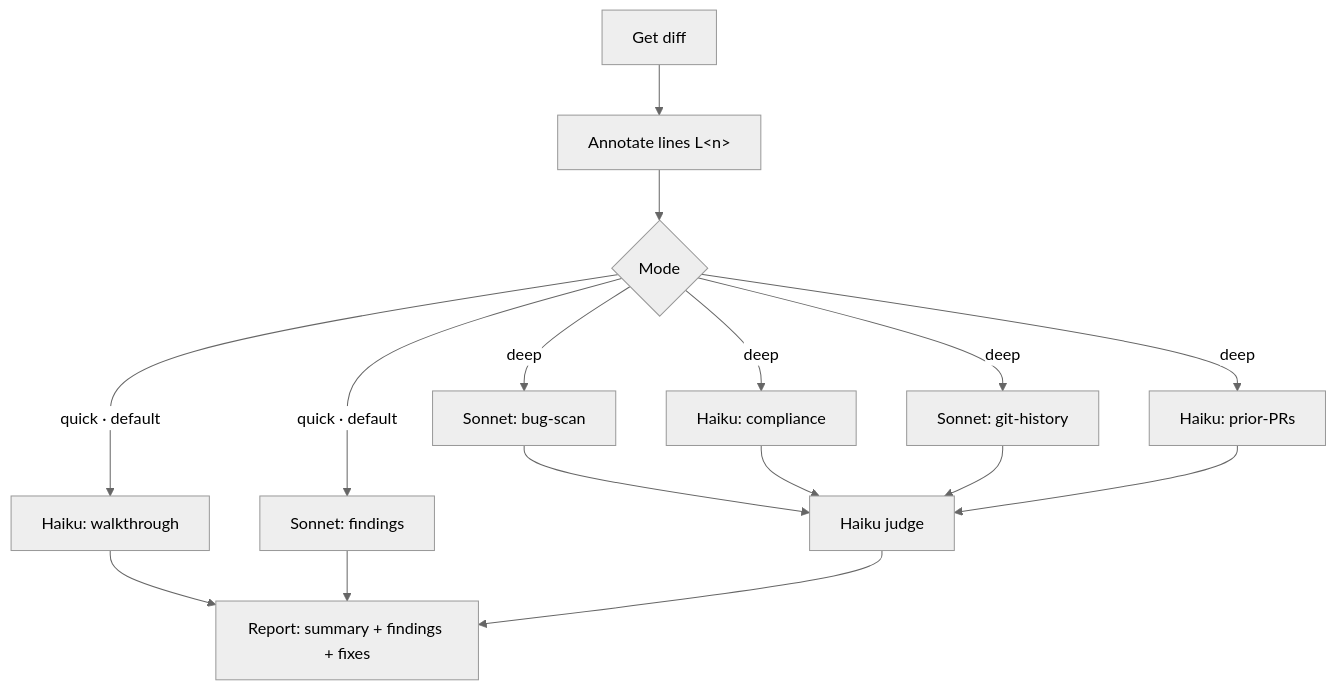
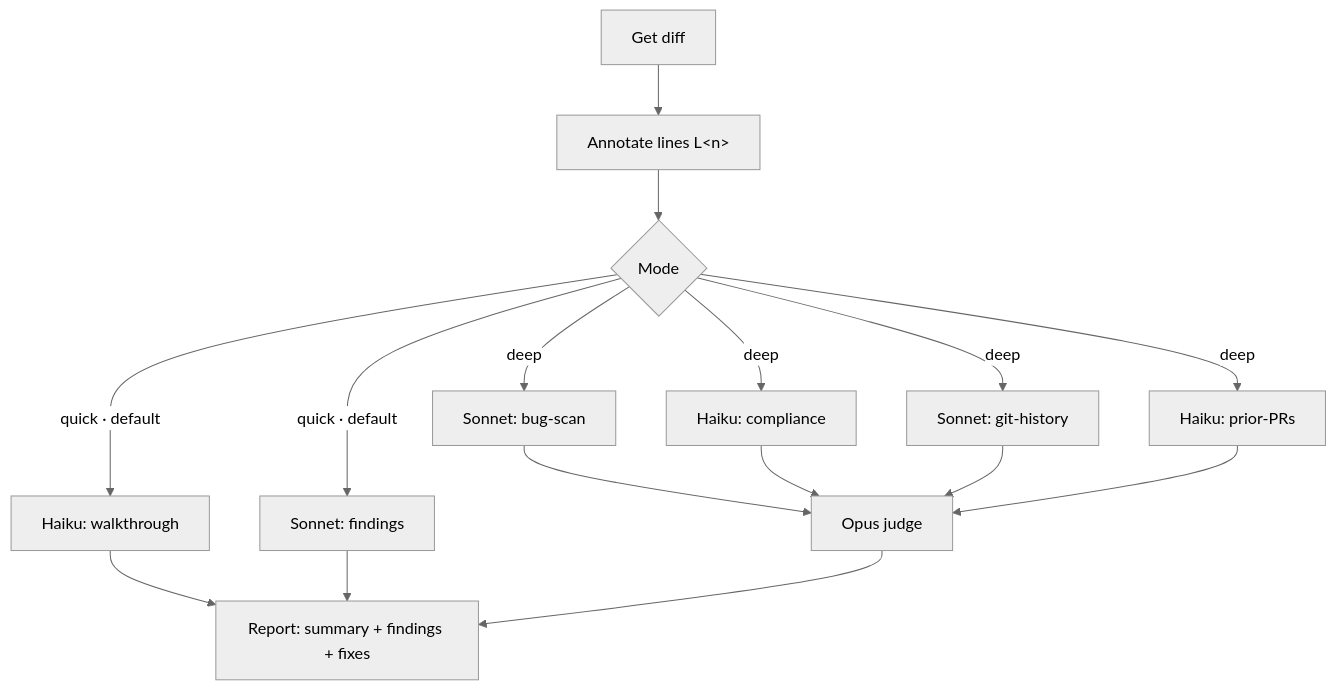
The diagram in skills/engineering/review-lens/README.md (adeonir/agent-skills), drawn with Mermaid (neutral theme) before and after one commit. The commit also changed other lines of this file and 4 other files, not shown here.

Commit message:
feat(review-lens): drop the diff size limit and judge deep findings with opus

````diff
--- a/skills/engineering/review-lens/README.md
+++ b/skills/engineering/review-lens/README.md
@@ -9,18 +9,18 @@
 ```mermaid
 flowchart TD
     A[Get diff] --> N[Annotate lines L&lt;n&gt;]
     N --> G{Mode}
     G -->|quick · default| Q1[Haiku: walkthrough]
     G -->|quick · default| Q2[Sonnet: findings]
     G -->|deep| D1[Sonnet: bug-scan]
     G -->|deep| D2[Haiku: compliance]
     G -->|deep| D3[Sonnet: git-history]
     G -->|deep| D4[Haiku: prior-PRs]
     Q1 --> R[Report: summary + findings + fixes]
     Q2 --> R
-    D1 --> J[Haiku judge]
+    D1 --> J[Opus judge]
     D2 --> J
     D3 --> J
     D4 --> J
     J --> R
 ```
````
